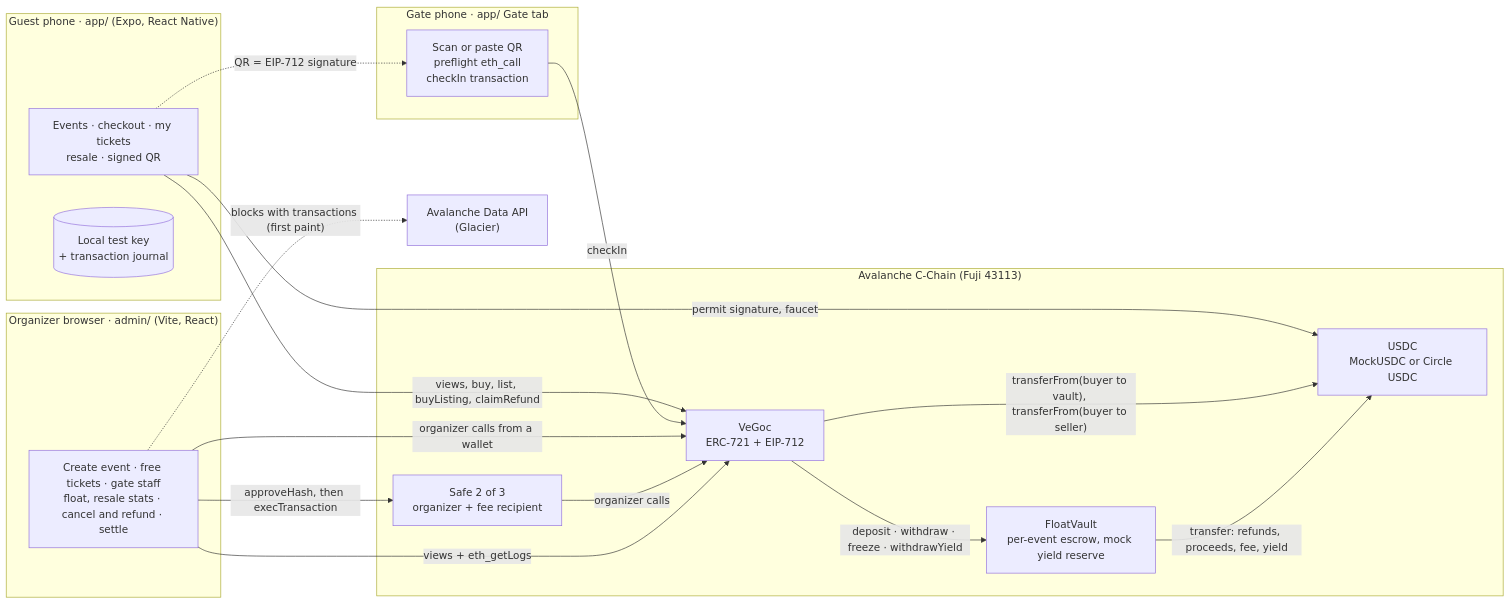
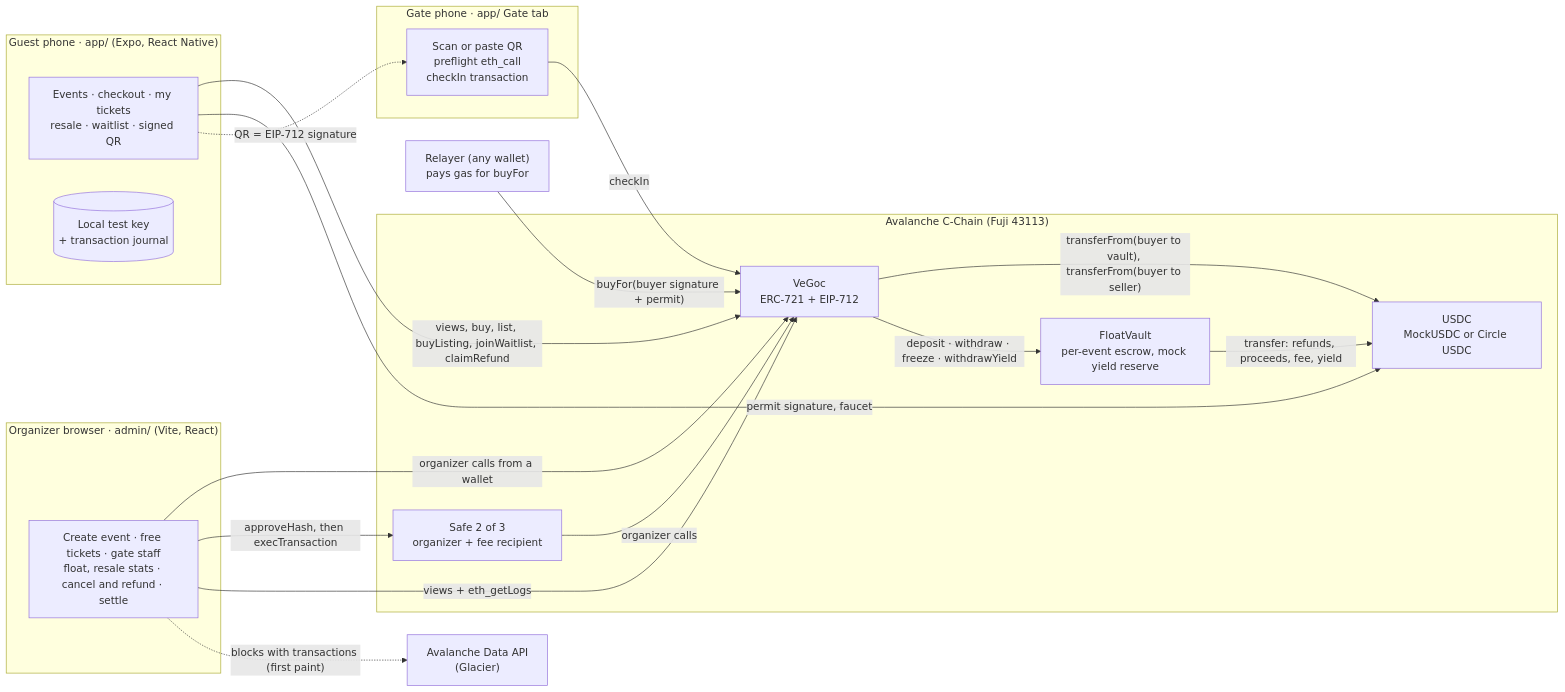
Before and after one commit to buiPhongGiang/ticketing: the first of 7 diagrams in docs/ARCHITECTURE.md, drawn with Mermaid. The commit also changed other lines of this file and 8 other files, not shown here.

````diff
--- a/docs/ARCHITECTURE.md
+++ b/docs/ARCHITECTURE.md
@@ -7,32 +7,33 @@
 ```mermaid
 flowchart LR
   subgraph Guest["Guest phone · app/ (Expo, React Native)"]
-    GA["Events · checkout · my tickets<br/>resale · signed QR"]
+    GA["Events · checkout · my tickets<br/>resale · waitlist · signed QR"]
     GW[("Local test key<br/>+ transaction journal")]
   end
   subgraph Gate["Gate phone · app/ Gate tab"]
     GS["Scan or paste QR<br/>preflight eth_call<br/>checkIn transaction"]
   end
   subgraph Org["Organizer browser · admin/ (Vite, React)"]
     OC["Create event · free tickets · gate staff<br/>float, resale stats · cancel and refund · settle"]
   end
   subgraph Chain["Avalanche C-Chain (Fuji 43113)"]
     TB["VeGoc<br/>ERC-721 + EIP-712"]
     FV["FloatVault<br/>per-event escrow, mock yield reserve"]
     USDC["USDC<br/>MockUSDC or Circle USDC"]
     SAFE["Safe 2 of 3<br/>organizer + fee recipient"]
   end
   API["Avalanche Data API<br/>(Glacier)"]
-  GA -- "views, buy, list, buyListing, claimRefund" --> TB
+  GA -- "views, buy, list, buyListing, joinWaitlist, claimRefund" --> TB
+  RL["Relayer (any wallet)<br/>pays gas for buyFor"] -- "buyFor(buyer signature + permit)" --> TB
   GA -- "permit signature, faucet" --> USDC
   GA -. "QR = EIP-712 signature" .-> GS
   GS -- "checkIn" --> TB
   OC -- "organizer calls from a wallet" --> TB
   OC -- "approveHash, then execTransaction" --> SAFE
   SAFE -- "organizer calls" --> TB
   TB -- "transferFrom(buyer to vault), transferFrom(buyer to seller)" --> USDC
   TB -- "deposit · withdraw · freeze · withdrawYield" --> FV
   FV -- "transfer: refunds, proceeds, fee, yield" --> USDC
   OC -- "views + eth_getLogs" --> TB
   OC -. "blocks with transactions (first paint)" .-> API
 ```
````
